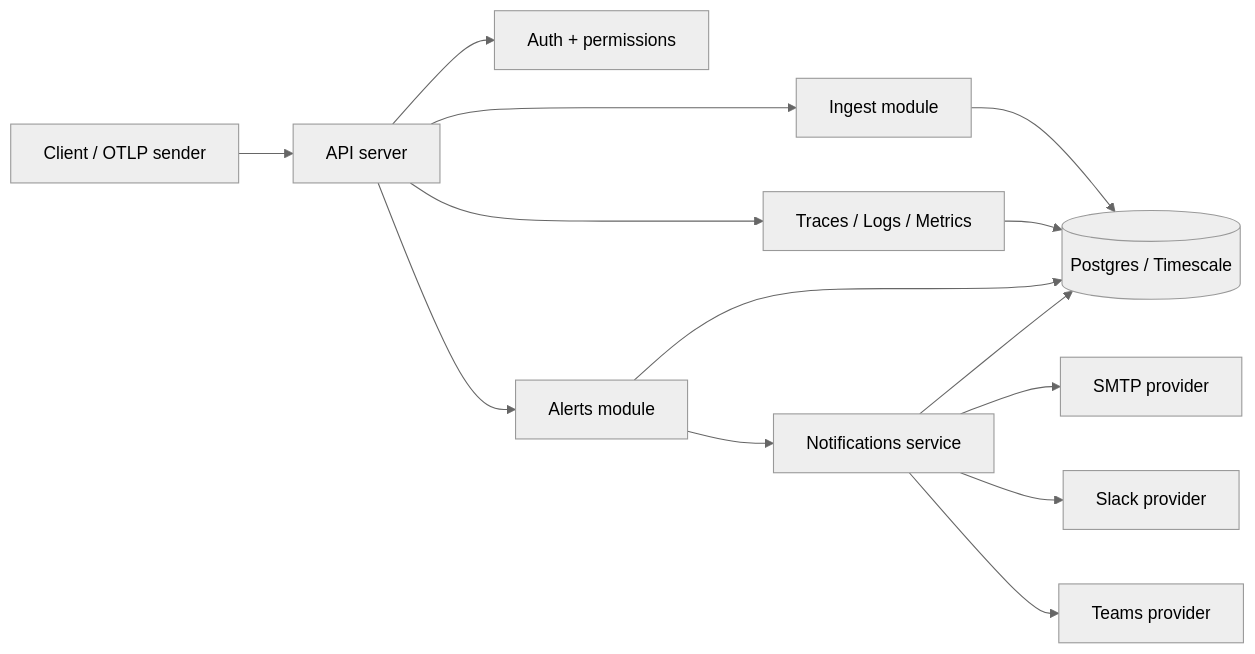
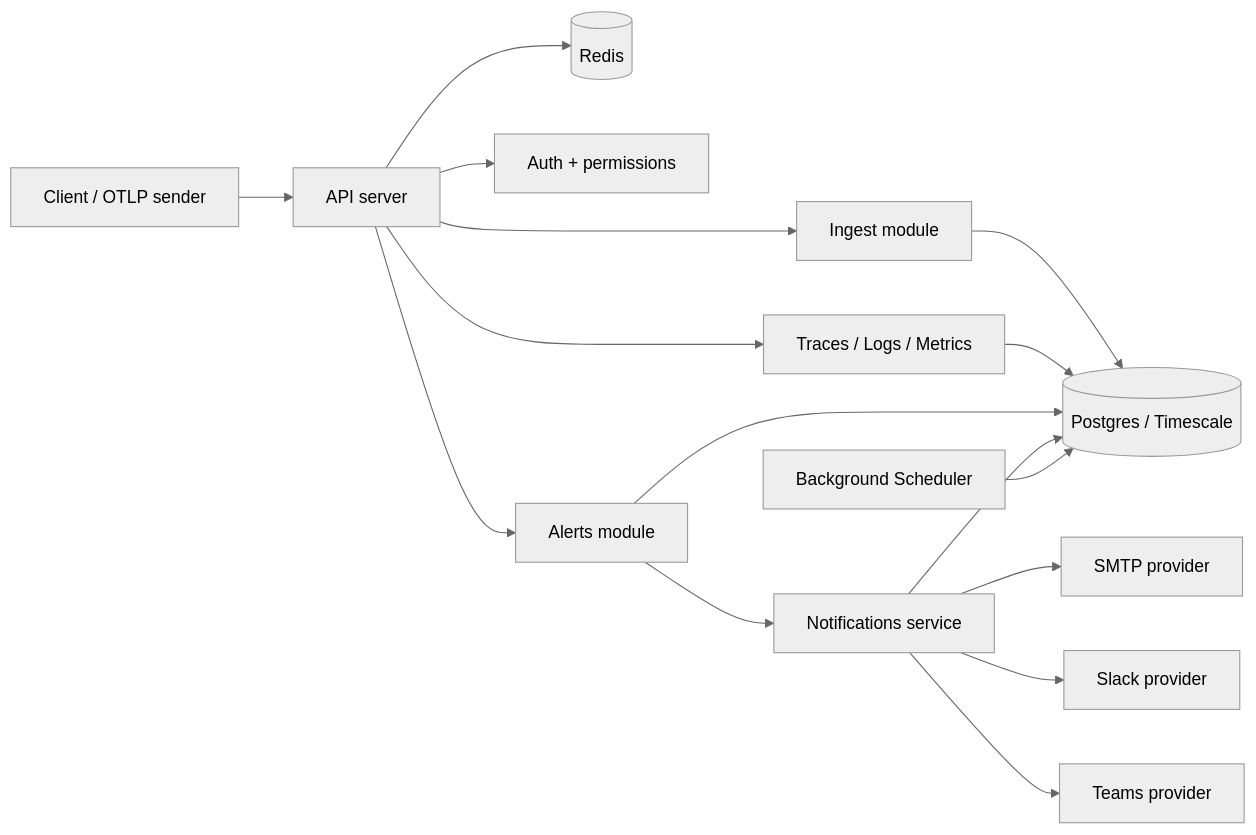
One commit to Maitrimodii/apm_master changed the diagram in README.md. Above: the diagram before and after it, drawn with Mermaid (neutral theme). The commit also changed other lines of this file and 1 other file, not shown here.

Commit message:
feat: add background scheduler for telemetry retention and implement Redis-backed API rate limiting

````diff
--- a/README.md
+++ b/README.md
@@ -106,16 +107,18 @@
 ```mermaid
 flowchart LR
     Client[Client / OTLP sender] --> API[API server]
+    API --> CACHE[(Redis)]
     API --> Auth[Auth + permissions]
     API --> Ingest[Ingest module]
     API --> Query[Traces / Logs / Metrics]
     API --> Alerts[Alerts module]
     Alerts --> Notify[Notifications service]
     Ingest --> DB[(Postgres / Timescale)]
     Query --> DB
     Alerts --> DB
     Notify --> DB
+    Scheduler[Background Scheduler] --> DB
     Notify --> SMTP[SMTP provider]
     Notify --> Slack[Slack provider]
     Notify --> Teams[Teams provider]
 ```
````
